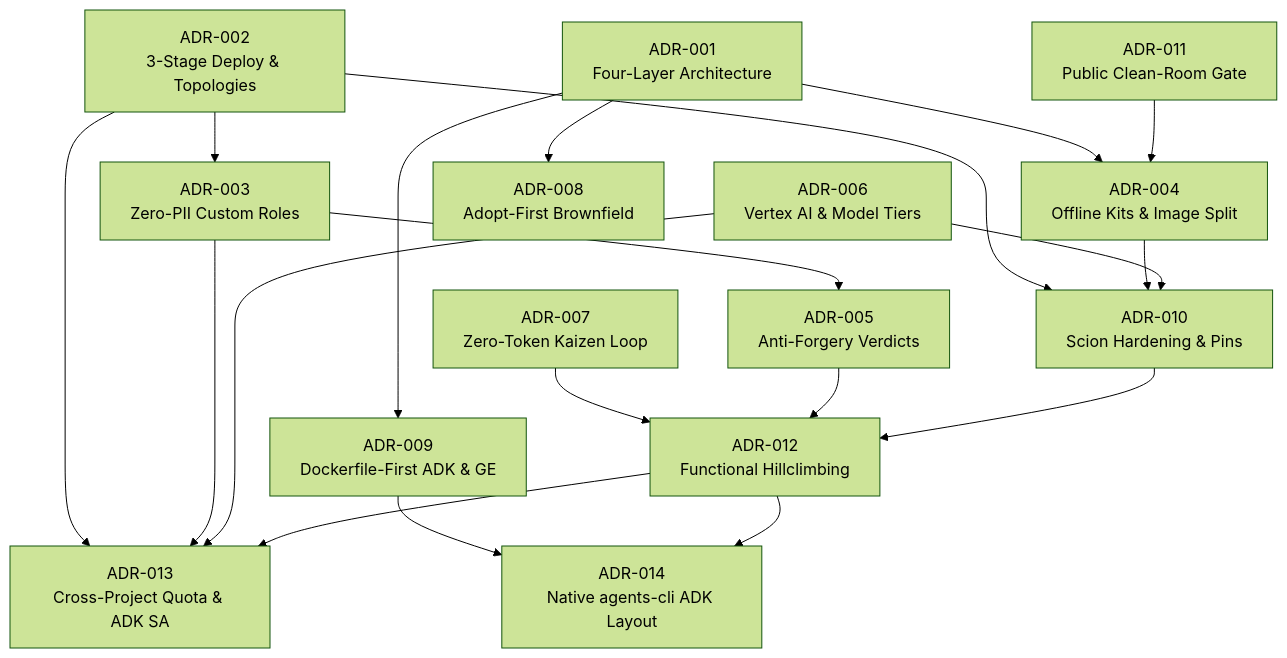
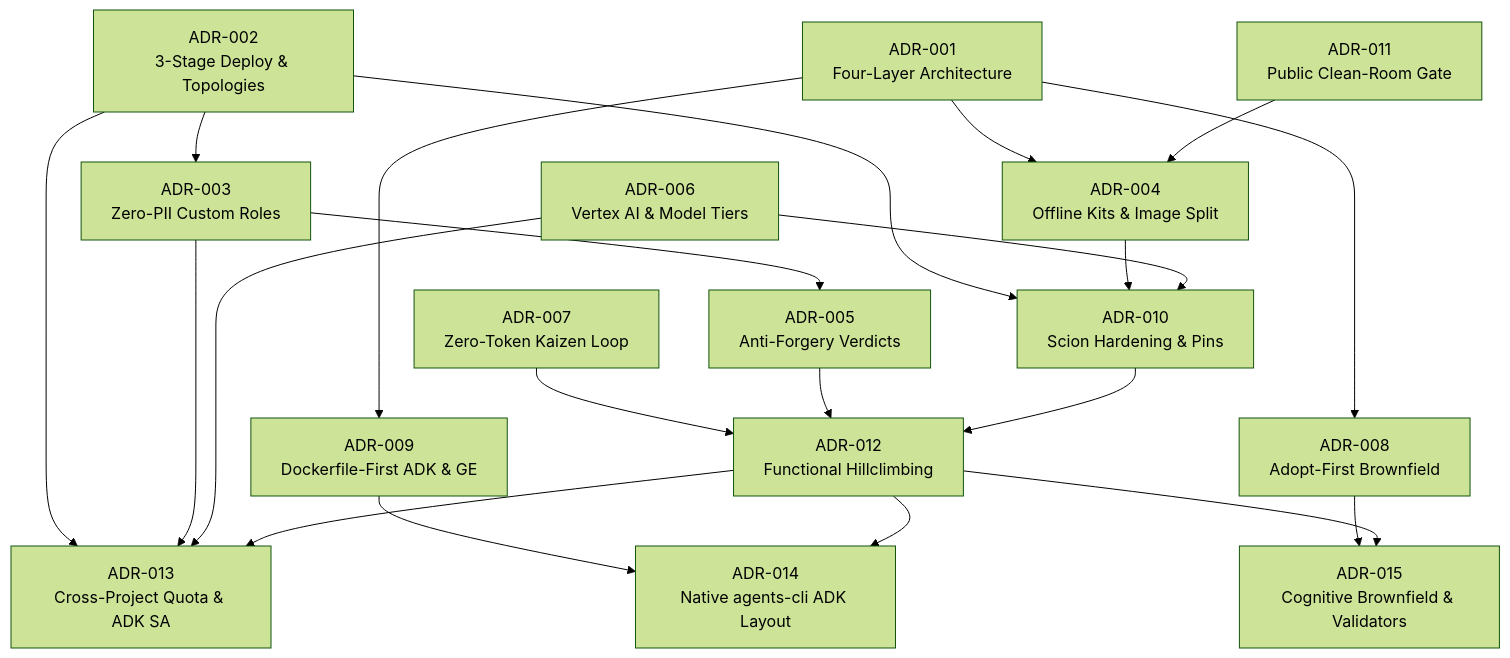
The diagram in docs/adr/README.md (carlosmscabral/gcp-fde-factories), drawn with Mermaid (forest theme) before and after one commit. The commit also changed other lines of this file and 20 other files, not shown here.

Commit message:
fix(hc05): patch HC05-F1..F6, adopt ADR-015 cognitive brownfield onboarding with advisory Day-0 validators, and record HC-2026-11-24-05

````diff
--- a/docs/adr/README.md
+++ b/docs/adr/README.md
@@ -9,36 +9,39 @@
 ```mermaid
 flowchart TB
   ADR001["ADR-001<br/>Four-Layer Architecture"]
   ADR002["ADR-002<br/>3-Stage Deploy & Topologies"]
   ADR003["ADR-003<br/>Zero-PII Custom Roles"]
   ADR004["ADR-004<br/>Offline Kits & Image Split"]
   ADR005["ADR-005<br/>Anti-Forgery Verdicts"]
   ADR006["ADR-006<br/>Vertex AI & Model Tiers"]
   ADR007["ADR-007<br/>Zero-Token Kaizen Loop"]
   ADR008["ADR-008<br/>Adopt-First Brownfield"]
   ADR009["ADR-009<br/>Dockerfile-First ADK & GE"]
   ADR010["ADR-010<br/>Scion Hardening & Pins"]
   ADR011["ADR-011<br/>Public Clean-Room Gate"]
   ADR012["ADR-012<br/>Functional Hillclimbing"]
   ADR013["ADR-013<br/>Cross-Project Quota & ADK SA"]
   ADR014["ADR-014<br/>Native agents-cli ADK Layout"]
+  ADR015["ADR-015<br/>Cognitive Brownfield & Validators"]
 
   ADR001 --> ADR004
   ADR001 --> ADR008
   ADR001 --> ADR009
   ADR002 --> ADR003
   ADR002 --> ADR010
   ADR002 --> ADR013
   ADR003 --> ADR005
   ADR003 --> ADR013
   ADR004 --> ADR010
   ADR006 --> ADR010
   ADR006 --> ADR013
   ADR007 --> ADR012
   ADR005 --> ADR012
   ADR010 --> ADR012
   ADR011 --> ADR004
   ADR012 --> ADR013
   ADR009 --> ADR014
   ADR012 --> ADR014
+  ADR008 --> ADR015
+  ADR012 --> ADR015
 ```
````
